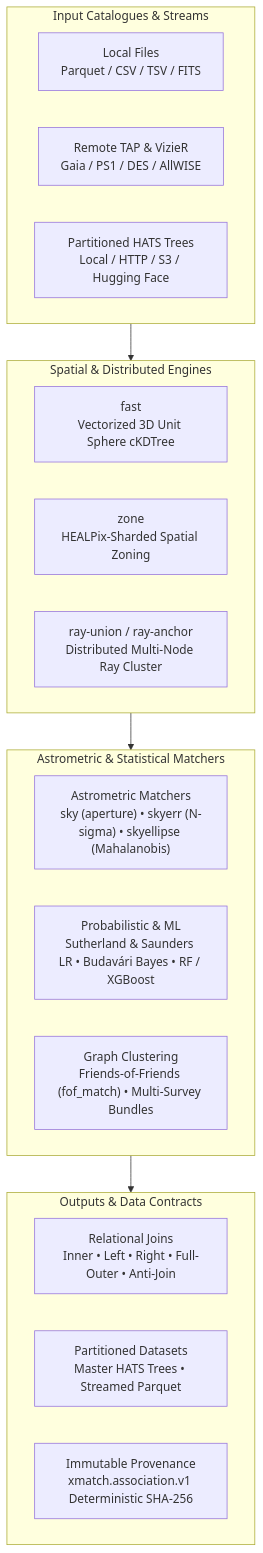
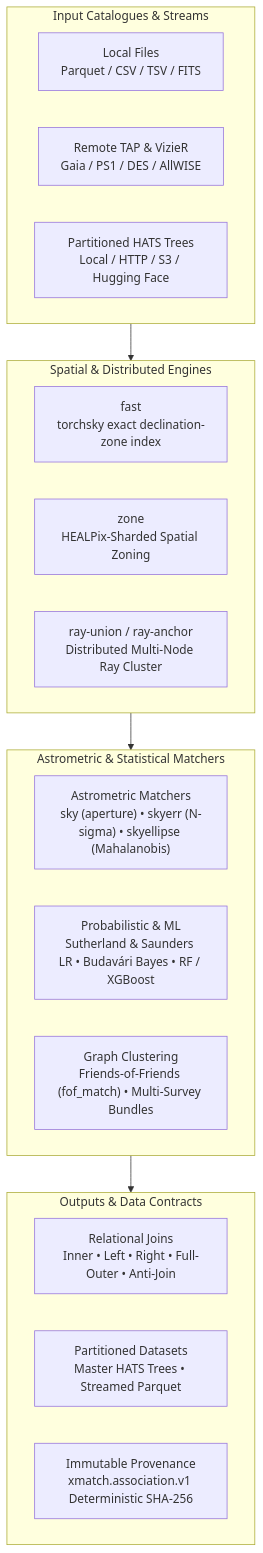
One commit to astroai/xmatcher changed the diagram in docs/README.md. Above: the diagram before and after it, drawn with Mermaid. The commit also changed 10 other files, not shown here.

First line of the commit message:
docs: drop stale cKDTree and xmatcher[torchsky] references

````diff
--- a/docs/README.md
+++ b/docs/README.md
@@ -9,30 +9,30 @@
 ```mermaid
 flowchart TD
     subgraph IN["Input Catalogues & Streams"]
         F1["Local Files<br/>Parquet / CSV / TSV / FITS"]
         F2["Remote TAP & VizieR<br/>Gaia / PS1 / DES / AllWISE"]
         F3["Partitioned HATS Trees<br/>Local / HTTP / S3 / Hugging Face"]
     end
 
     subgraph ENG["Spatial & Distributed Engines"]
-        E1["fast<br/>Vectorized 3D Unit Sphere cKDTree"]
+        E1["fast<br/>torchsky exact declination-zone index"]
         E2["zone<br/>HEALPix-Sharded Spatial Zoning"]
         E3["ray-union / ray-anchor<br/>Distributed Multi-Node Ray Cluster"]
     end
 
     subgraph ALG["Astrometric & Statistical Matchers"]
         M1["Astrometric Matchers<br/>sky (aperture) &bull; skyerr (N-sigma) &bull; skyellipse (Mahalanobis)"]
         M2["Probabilistic & ML<br/>Sutherland & Saunders LR &bull; Budavári Bayes &bull; RF / XGBoost"]
         M3["Graph Clustering<br/>Friends-of-Friends (fof_match) &bull; Multi-Survey Bundles"]
     end
 
     subgraph OUT["Outputs & Data Contracts"]
         O1["Relational Joins<br/>Inner &bull; Left &bull; Right &bull; Full-Outer &bull; Anti-Join"]
         O2["Partitioned Datasets<br/>Master HATS Trees &bull; Streamed Parquet"]
         O3["Immutable Provenance<br/>xmatch.association.v1 Deterministic SHA-256"]
     end
 
     IN --> ENG
     ENG --> ALG
     ALG --> OUT
 ```
````
